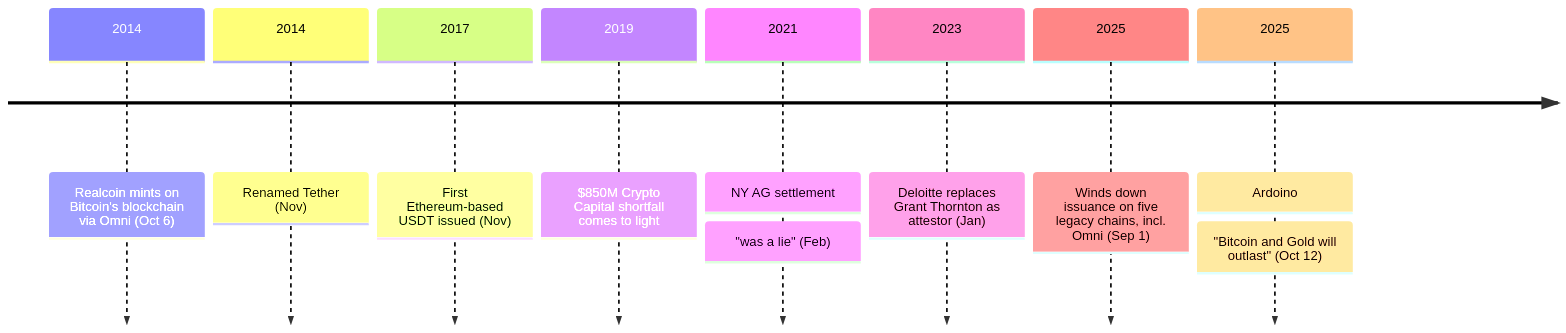
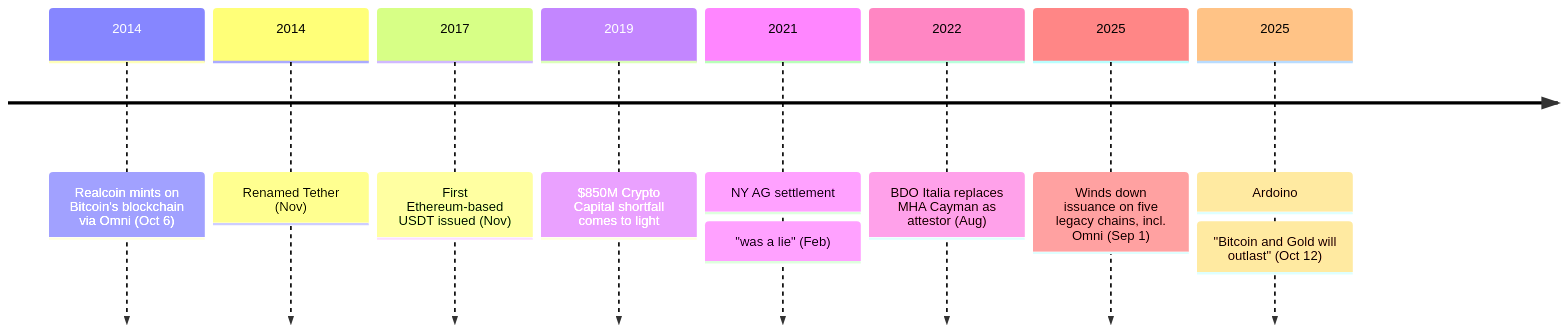
Before and after one commit to cypher256/BitcoinArchive: the diagram in src/data/entries/en/currency/2026-07-27-usdt-currency-overview.md, drawn with Mermaid. The commit also changed 66 other files, not shown here.

````diff
--- a/src/data/entries/en/currency/2026-07-27-usdt-currency-overview.md
+++ b/src/data/entries/en/currency/2026-07-27-usdt-currency-overview.md
@@ -70,11 +70,11 @@
 ```mermaid
 timeline
     2014 : Realcoin mints on Bitcoin's blockchain via Omni (Oct 6)
     2014 : Renamed Tether (Nov)
     2017 : First Ethereum-based USDT issued (Nov)
     2019 : $850M Crypto Capital shortfall comes to light
     2021 : NY AG settlement: "was a lie" (Feb)
-    2023 : Deloitte replaces Grant Thornton as attestor (Jan)
+    2022 : BDO Italia replaces MHA Cayman as attestor (Aug)
     2025 : Winds down issuance on five legacy chains, incl. Omni (Sep 1)
     2025 : Ardoino: "Bitcoin and Gold will outlast" (Oct 12)
 ```
````
